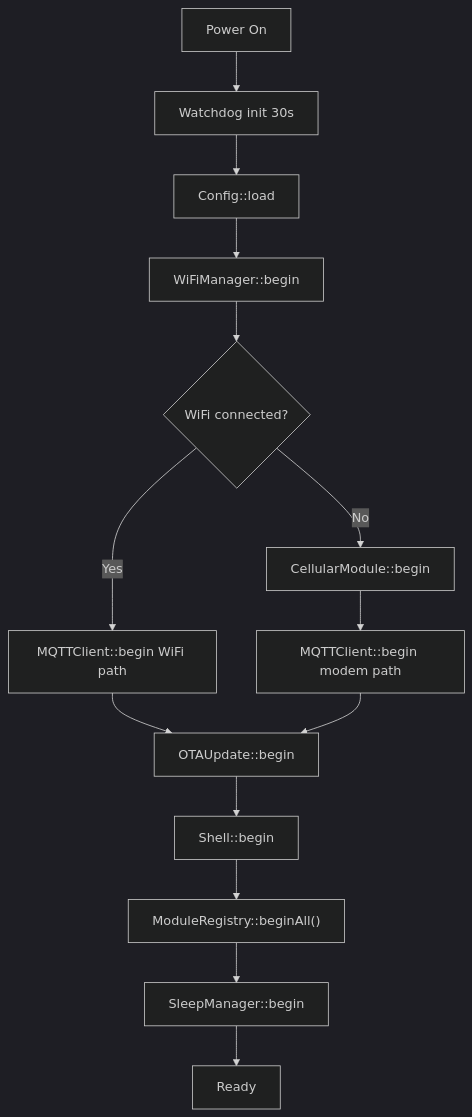
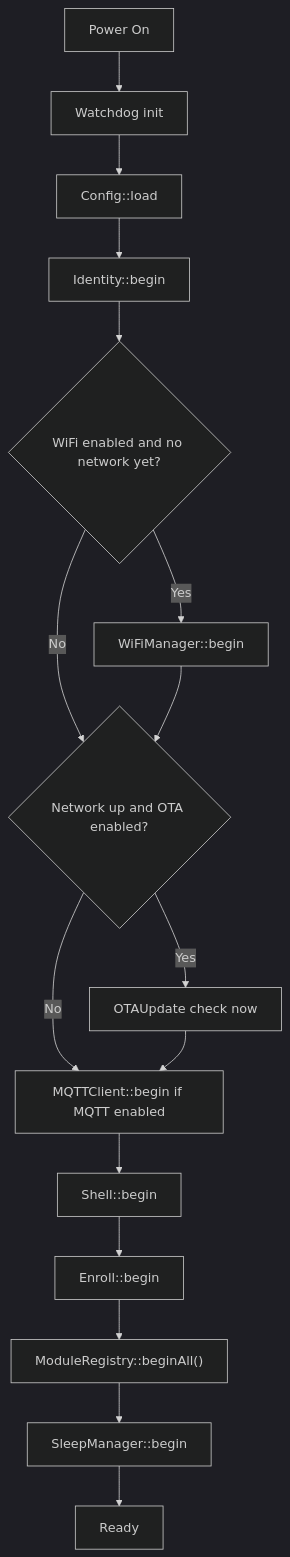
One commit to Thesada/thesada-doc changed the diagram in firmware/architecture/overview.md. Above: the diagram before and after it, drawn with Mermaid (dark theme). The commit also changed other lines of this file and 9 other files, not shown here.

````diff
--- a/firmware/architecture/overview.md
+++ b/firmware/architecture/overview.md
@@ -70,16 +70,18 @@
 ```mermaid
 flowchart TD
-    A[Power On] --> WDT[Watchdog init 30s]
+    A[Power On] --> WDT[Watchdog init]
     WDT --> B[Config::load]
-    B --> C[WiFiManager::begin]
-    C --> D{WiFi connected?}
-    D -->|Yes| E[MQTTClient::begin WiFi path]
-    D -->|No| G[CellularModule::begin]
-    G --> H[MQTTClient::begin modem path]
-    E --> I[OTAUpdate::begin]
-    H --> I
-    I --> J[Shell::begin]
-    J --> K["ModuleRegistry::beginAll()"]
+    B --> ID[Identity::begin]
+    ID --> C{WiFi enabled and no network yet?}
+    C -->|Yes| D[WiFiManager::begin]
+    C -->|No| E{Network up and OTA enabled?}
+    D --> E
+    E -->|Yes| F[OTAUpdate check now]
+    E -->|No| G[MQTTClient::begin if MQTT enabled]
+    F --> G
+    G --> H[Shell::begin]
+    H --> EN[Enroll::begin]
+    EN --> K["ModuleRegistry::beginAll()"]
     K --> L[SleepManager::begin]
     L --> M[Ready]
 ```
````
